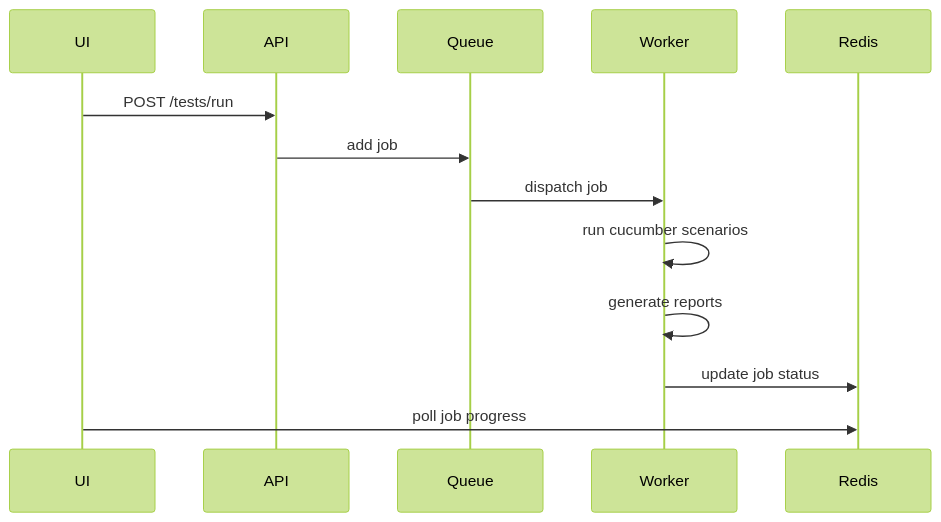
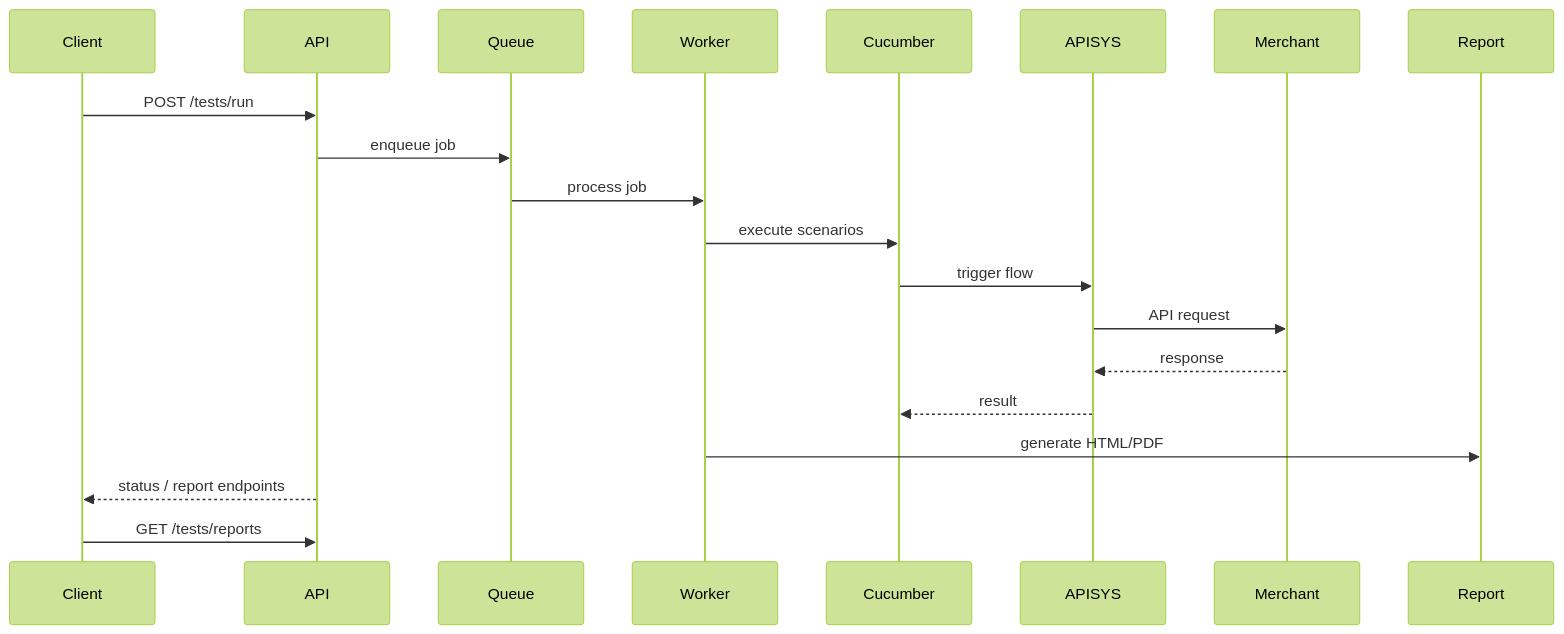
The second of 3 diagrams in README.md (victoriachee/cucumber-pdf-reporter-worker), drawn with Mermaid (forest theme) before and after one commit. The commit also changed other lines of this file, not shown here.

````diff
--- a/README.md
+++ b/README.md
@@ -39,17 +68,25 @@
 ```mermaid
 sequenceDiagram
-participant UI
-participant API
-participant Queue
-participant Worker
-participant Redis
+    participant Client
+    participant API
+    participant Queue
+    participant Worker
+    participant Cucumber
+    participant APISYS
+    participant Merchant
+    participant Report
 
-    UI->>API: POST /tests/run
-    API->>Queue: add job
-    Queue->>Worker: dispatch job
-    Worker->>Worker: run cucumber scenarios
-    Worker->>Worker: generate reports
-    Worker->>Redis: update job status
-    UI->>Redis: poll job progress
+    Client->>API: POST /tests/run
+    API->>Queue: enqueue job
+    Queue->>Worker: process job
 
+    Worker->>Cucumber: execute scenarios
+    Cucumber->>APISYS: trigger flow
+    APISYS->>Merchant: API request
+    Merchant-->>APISYS: response
+    APISYS-->>Cucumber: result
+
+    Worker->>Report: generate HTML/PDF
+    API-->>Client: status / report endpoints
+    Client->>API: GET /tests/reports
 ```
````
